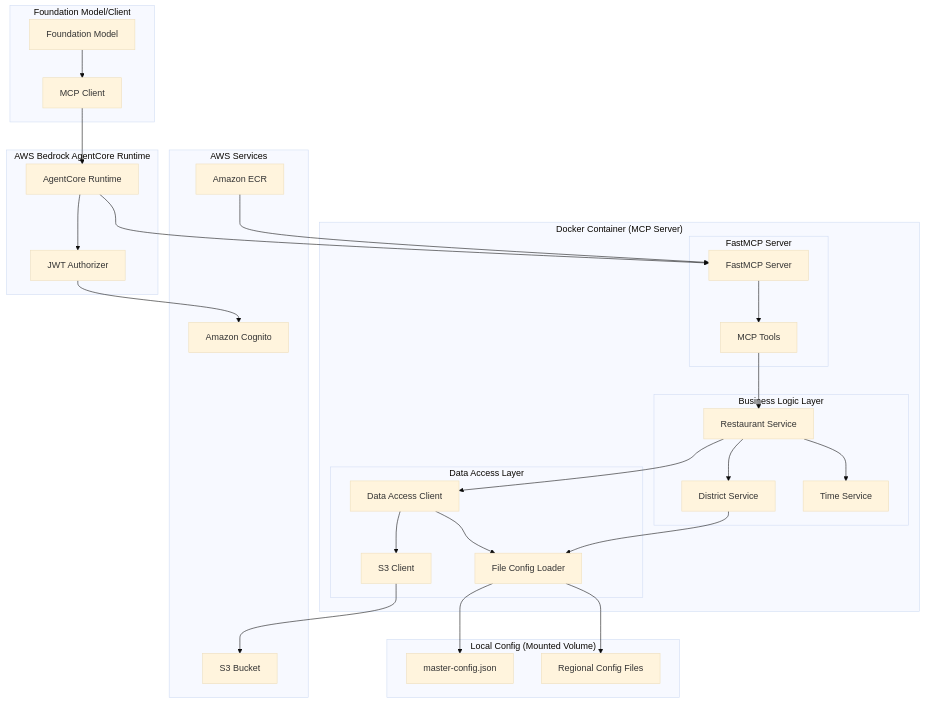
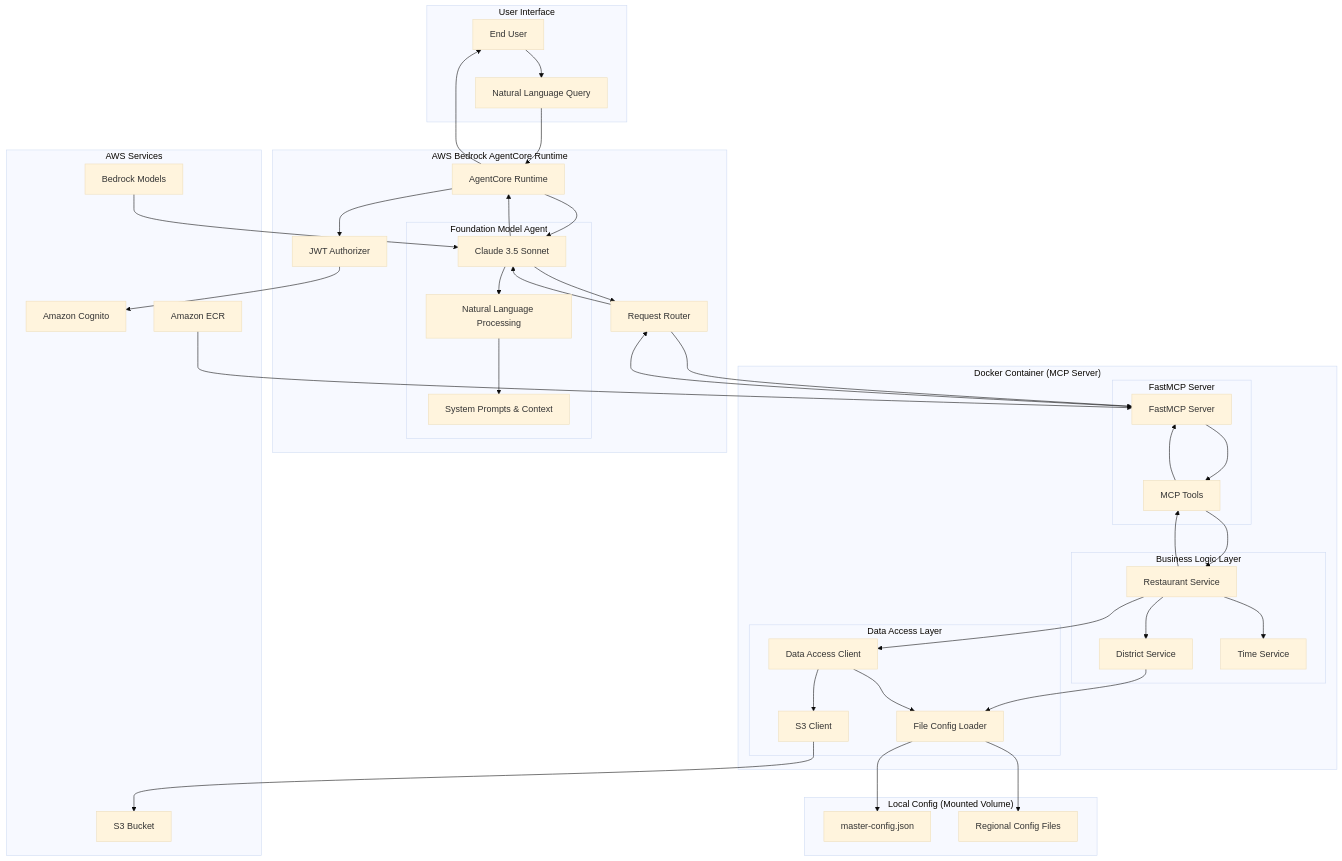
Before and after one commit to nestymook/mbti-travel-assistant-v2: the first of 2 diagrams in .kiro/specs/restaurant-search-mcp/design.md, drawn with Mermaid (base theme). The commit also changed other lines of this file and 18 other files, not shown here.

First line of the commit message:
Implement Foundation Model Integration for Natural Language Processing

````diff
--- a/.kiro/specs/restaurant-search-mcp/design.md
+++ b/.kiro/specs/restaurant-search-mcp/design.md
@@ -13,60 +15,81 @@
 ```mermaid
 graph TB
-    subgraph "Foundation Model/Client"
-        FM[Foundation Model]
-        CLIENT[MCP Client]
+    subgraph "User Interface"
+        USER[End User]
+        QUERY[Natural Language Query]
     end
     
     subgraph "AWS Bedrock AgentCore Runtime"
+        subgraph "Foundation Model Agent"
+            FM[Claude 3.5 Sonnet]
+            NLP[Natural Language Processing]
+            PROMPT[System Prompts & Context]
+        end
+        
         RUNTIME[AgentCore Runtime]
         AUTH[JWT Authorizer]
+        ROUTER[Request Router]
     end
     
     subgraph "Docker Container (MCP Server)"
         subgraph "FastMCP Server"
             MCP[FastMCP Server]
             TOOLS[MCP Tools]
         end
         
         subgraph "Business Logic Layer"
             RS[Restaurant Service]
             DS[District Service]
             TS[Time Service]
         end
         
         subgraph "Data Access Layer"
             DAC[Data Access Client]
             S3C[S3 Client]
             FC[File Config Loader]
         end
     end
     
     subgraph "AWS Services"
         COGNITO[Amazon Cognito]
         S3[S3 Bucket]
         ECR[Amazon ECR]
+        BEDROCK[Bedrock Models]
     end
     
     subgraph "Local Config (Mounted Volume)"
         MASTER[master-config.json]
         REGIONS[Regional Config Files]
     end
     
-    FM --> CLIENT
-    CLIENT --> RUNTIME
+    USER --> QUERY
+    QUERY --> RUNTIME
     RUNTIME --> AUTH
     AUTH --> COGNITO
-    RUNTIME --> MCP
+    RUNTIME --> FM
+    FM --> NLP
+    NLP --> PROMPT
+    FM --> ROUTER
+    ROUTER --> MCP
     MCP --> TOOLS
     TOOLS --> RS
     RS --> DS
     RS --> TS
     DS --> FC
     RS --> DAC
     DAC --> S3C
     DAC --> FC
     S3C --> S3
     FC --> MASTER
     FC --> REGIONS
     ECR --> MCP
+    BEDROCK --> FM
+    
+    %% Response flow
+    RS --> TOOLS
+    TOOLS --> MCP
+    MCP --> ROUTER
+    ROUTER --> FM
+    FM --> RUNTIME
+    RUNTIME --> USER
 ```
````
